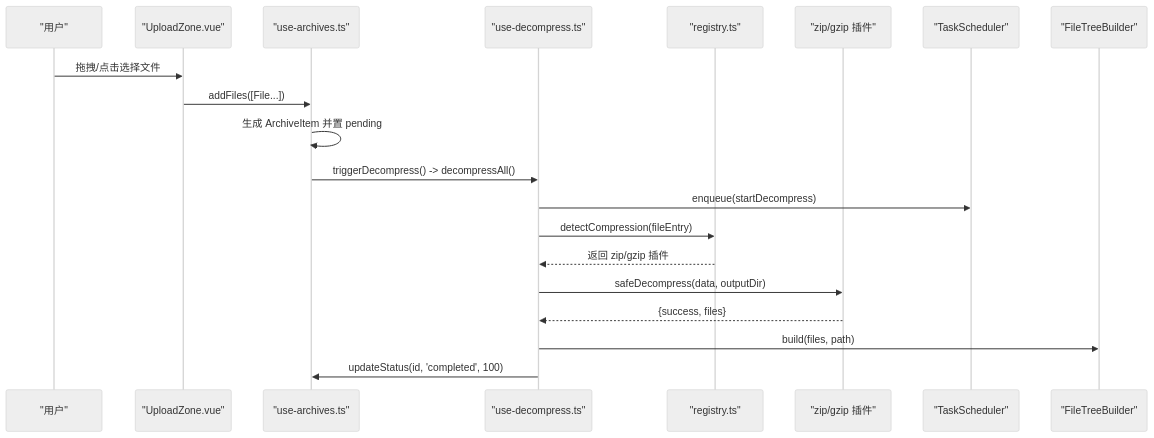
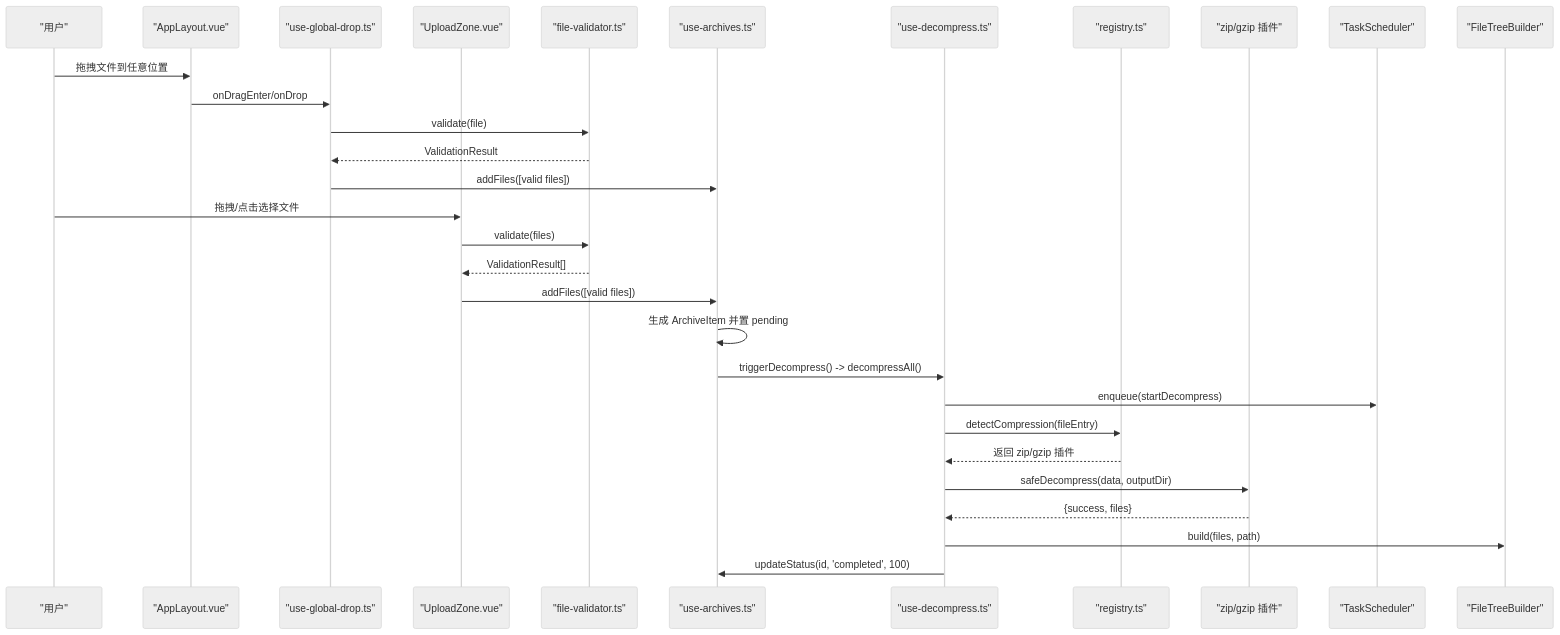
The second of 4 diagrams in .qoder/repowiki/zh/content/架构设计/组件层次结构/档案面板组件/UploadZone 上传区域组件.md (taoweidong/Hello-Tauri), drawn with Mermaid (neutral theme) before and after one commit. The commit also changed other lines of this file and 72 other files, not shown here.

````diff
--- a/.qoder/repowiki/zh/content/架构设计/组件层次结构/档案面板组件/UploadZone 上传区域组件.md
+++ b/.qoder/repowiki/zh/content/架构设计/组件层次结构/档案面板组件/UploadZone 上传区域组件.md
@@ -72,22 +108,32 @@
 ```mermaid
 sequenceDiagram
 participant User as "用户"
+participant AL as "AppLayout.vue"
+participant UGD as "use-global-drop.ts"
 participant UZ as "UploadZone.vue"
+participant FV as "file-validator.ts"
 participant UM as "use-archives.ts"
 participant UD as "use-decompress.ts"
 participant REG as "registry.ts"
 participant PLG as "zip/gzip 插件"
 participant TS as "TaskScheduler"
 participant FT as "FileTreeBuilder"
+User->>AL : 拖拽文件到任意位置
+AL->>UGD : onDragEnter/onDrop
+UGD->>FV : validate(file)
+FV-->>UGD : ValidationResult
+UGD->>UM : addFiles([valid files])
 User->>UZ : 拖拽/点击选择文件
-UZ->>UM : addFiles([File...])
+UZ->>FV : validate(files)
+FV-->>UZ : ValidationResult[]
+UZ->>UM : addFiles([valid files])
 UM->>UM : 生成 ArchiveItem 并置 pending
 UM->>UD : triggerDecompress() -> decompressAll()
 UD->>TS : enqueue(startDecompress)
 UD->>REG : detectCompression(fileEntry)
 REG-->>UD : 返回 zip/gzip 插件
 UD->>PLG : safeDecompress(data, outputDir)
 PLG-->>UD : {success, files}
 UD->>FT : build(files, path)
 UD->>UM : updateStatus(id, 'completed', 100)
 ```
````
